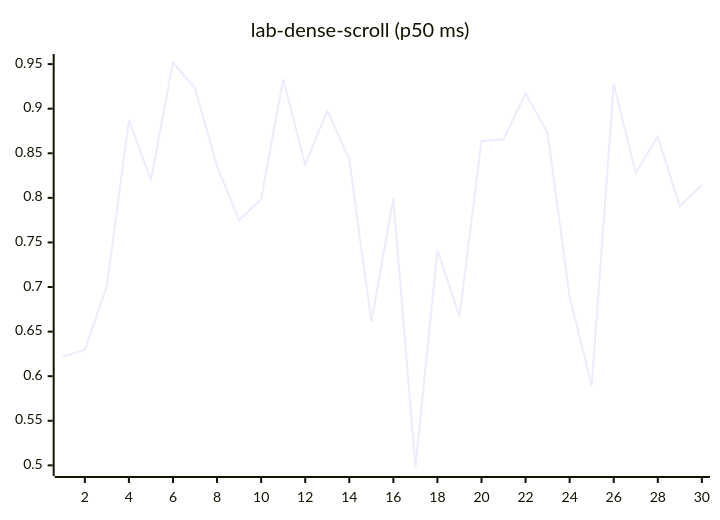
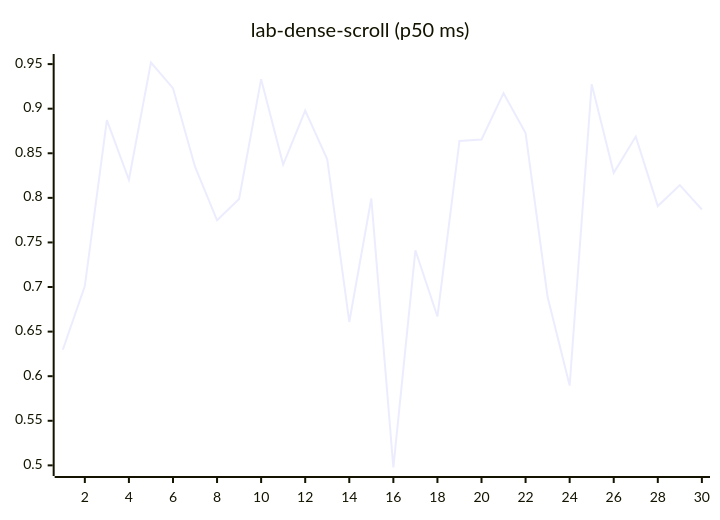
One commit to josha/Facet changed diagram 12 of 27 in README.md. Above: the diagram before and after it, drawn with Mermaid. The commit also changed other lines of this file and 2 other files, not shown here.

````diff
--- a/README.md
+++ b/README.md
@@ -140,6 +140,6 @@
 ```mermaid
 xychart-beta
     title "lab-dense-scroll (p50 ms)"
     x-axis 1 --> 30
-    line [0.6219, 0.6297, 0.7010, 0.8871, 0.8203, 0.9518, 0.9230, 0.8349, 0.7748, 0.7987, 0.9331, 0.8374, 0.8979, 0.8432, 0.6608, 0.7993, 0.4976, 0.7412, 0.6669, 0.8638, 0.8655, 0.9174, 0.8727, 0.6887, 0.5895, 0.9275, 0.8280, 0.8687, 0.7908, 0.8143]
+    line [0.6297, 0.7010, 0.8871, 0.8203, 0.9518, 0.9230, 0.8349, 0.7748, 0.7987, 0.9331, 0.8374, 0.8979, 0.8432, 0.6608, 0.7993, 0.4976, 0.7412, 0.6669, 0.8638, 0.8655, 0.9174, 0.8727, 0.6887, 0.5895, 0.9275, 0.8280, 0.8687, 0.7908, 0.8143, 0.7869]
 ```
````
